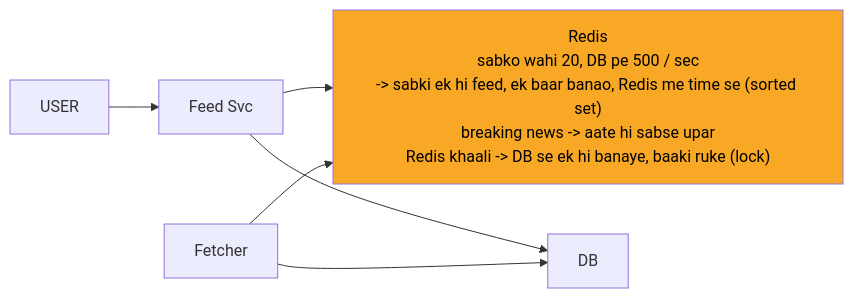
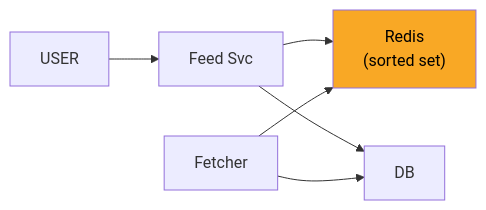
Before and after one commit to ArpanMaheshwari144/Prep: the diagram in 04_HLD/SYSTEM_DESIGNS/08_news_aggregator/img/c1.mmd, drawn with Mermaid. The commit also changed 36 other files, not shown here.

```diff
--- a/04_HLD/SYSTEM_DESIGNS/08_news_aggregator/img/c1.mmd
+++ b/04_HLD/SYSTEM_DESIGNS/08_news_aggregator/img/c1.mmd
@@ -1,13 +1,13 @@
 %%{init: {"flowchart": {"wrappingWidth": 450}}}%%
 flowchart LR
     n_USER["USER"]
     n_Feed_Svc["Feed Svc"]
-    n_Redis["Redis<br/>sabko wahi 20, DB pe 500 / sec<br/>-> sabki ek hi feed, ek baar banao, Redis me time se (sorted set)<br/>breaking news -> aate hi sabse upar<br/>Redis khaali -> DB se ek hi banaye, baaki ruke (lock)"]
+    n_Redis["Redis<br/>(sorted set)"]
     n_DB["DB"]
     n_Fetcher["Fetcher"]
     n_USER --> n_Feed_Svc
     n_Feed_Svc --> n_Redis
     n_Feed_Svc --> n_DB
     n_Fetcher --> n_DB
     n_Fetcher --> n_Redis
     style n_Redis fill:#f9a825,color:#000
```
